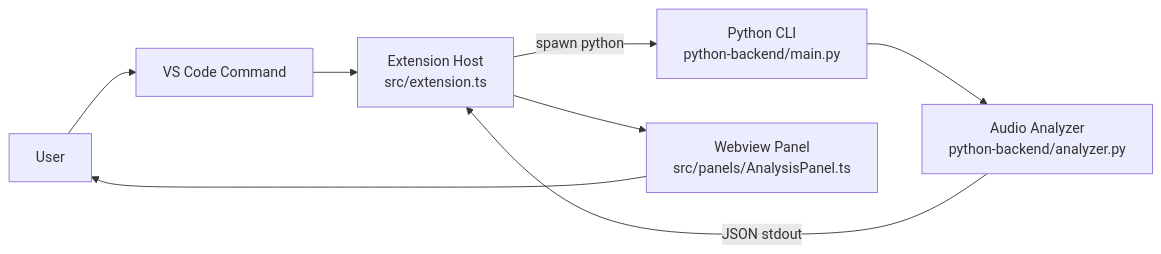
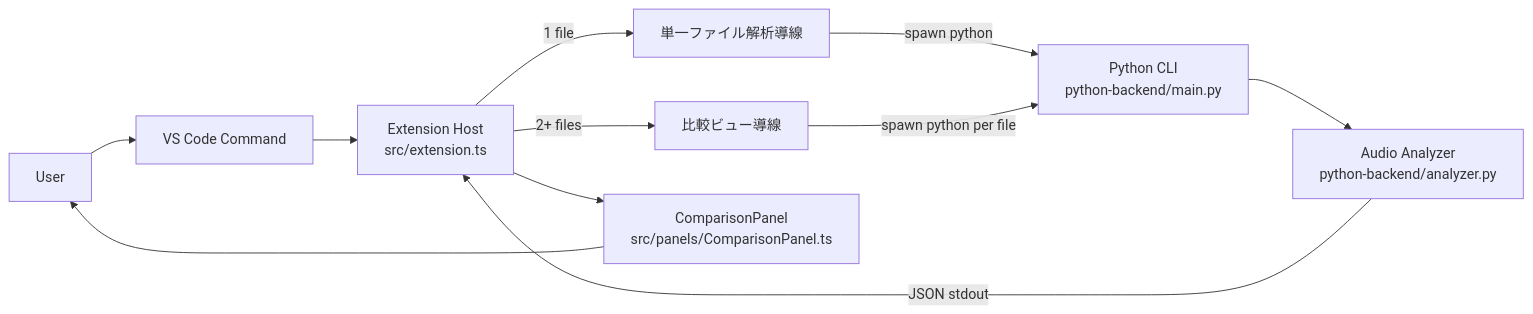
One commit to kasahart/audio-wandas-analyzer changed the first of 3 diagrams in docs/architecture.md. Above: the diagram before and after it, drawn with Mermaid. The commit also changed other lines of this file and 5 other files, not shown here.

Commit message:
docs: align architecture and planning docs with current panel flow

````diff
--- a/docs/architecture.md
+++ b/docs/architecture.md
@@ -15,10 +18,15 @@
 ```mermaid
 flowchart LR
-    User[User] --> Command[VS Code Command]
-    Command --> Extension[Extension Host\nsrc/extension.ts]
-    Extension -->|spawn python| BackendCLI[Python CLI\npython-backend/main.py]
-    BackendCLI --> Analyzer[Audio Analyzer\npython-backend/analyzer.py]
-    Analyzer -->|JSON stdout| Extension
-    Extension --> Panel[Webview Panel\nsrc/panels/AnalysisPanel.ts]
-    Panel --> User
+  User[User] --> Command[VS Code Command]
+  Command --> Extension[Extension Host\nsrc/extension.ts]
+
+  Extension -->|1 file| Single[単一ファイル解析導線]
+  Extension -->|2+ files| Compare[比較ビュー導線]
+
+  Single -->|spawn python| BackendCLI[Python CLI\npython-backend/main.py]
+  Compare -->|spawn python per file| BackendCLI
+  BackendCLI --> Analyzer[Audio Analyzer\npython-backend/analyzer.py]
+  Analyzer -->|JSON stdout| Extension
+  Extension --> Panel[ComparisonPanel\nsrc/panels/ComparisonPanel.ts]
+  Panel --> User
 ```
````
